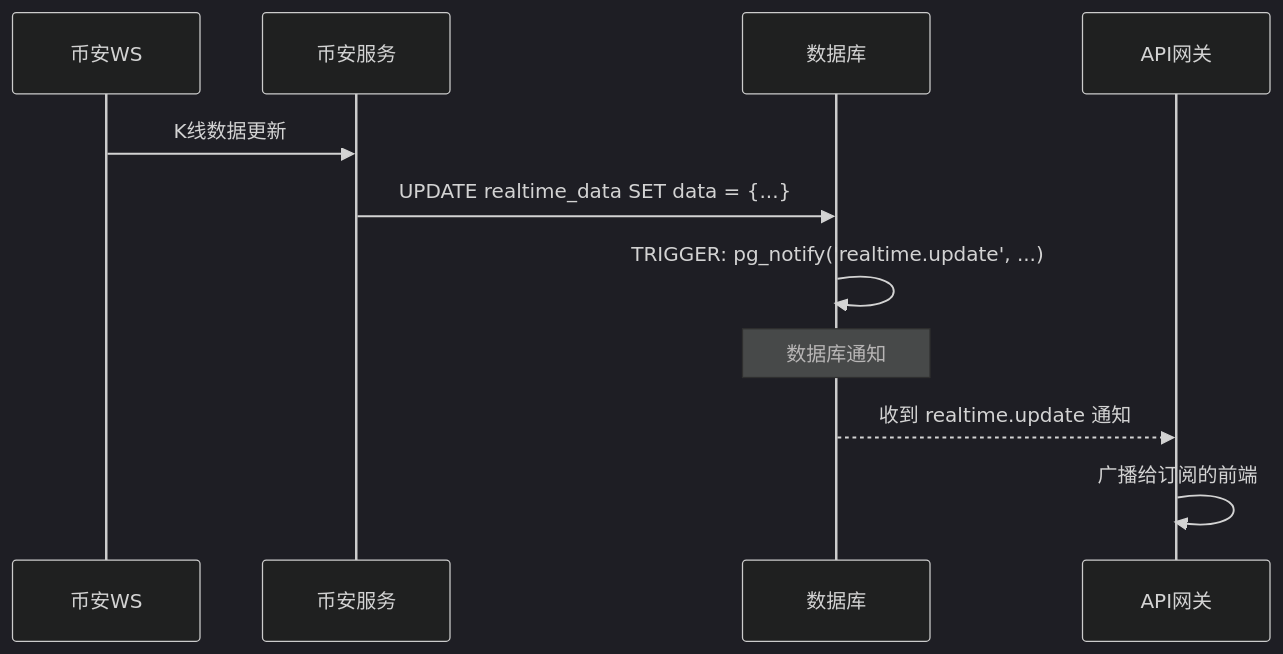
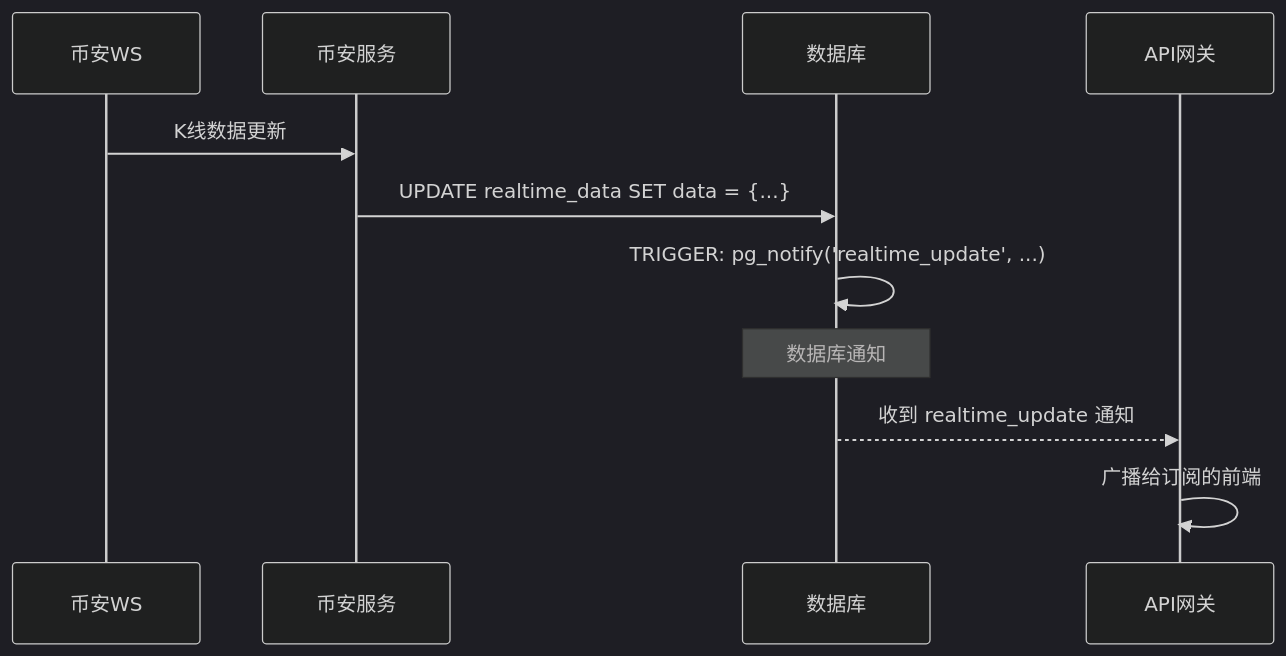
The sixth of 8 diagrams in docs/backend/design/01-task-subscription.md (mj2154/quant-trading-system-2602), drawn with Mermaid (dark theme) before and after one commit. The commit also changed other lines of this file and 32 other files, not shown here.

````diff
--- a/docs/backend/design/01-task-subscription.md
+++ b/docs/backend/design/01-task-subscription.md
@@ -1053,15 +1053,15 @@
 ```mermaid
 sequenceDiagram
     participant BinanceWS as 币安WS
     participant Binance as 币安服务
     participant DB as 数据库
     participant APIGW as API网关
 
     BinanceWS->>Binance: K线数据更新
     Binance->>DB: UPDATE realtime_data SET data = {...}
-    DB->>DB: TRIGGER: pg_notify('realtime.update', ...)
+    DB->>DB: TRIGGER: pg_notify('realtime_update', ...)
 
     Note over DB: 数据库通知
-    DB-->>APIGW: 收到 realtime.update 通知
+    DB-->>APIGW: 收到 realtime_update 通知
     APIGW->>APIGW: 广播给订阅的前端
 ```
````
